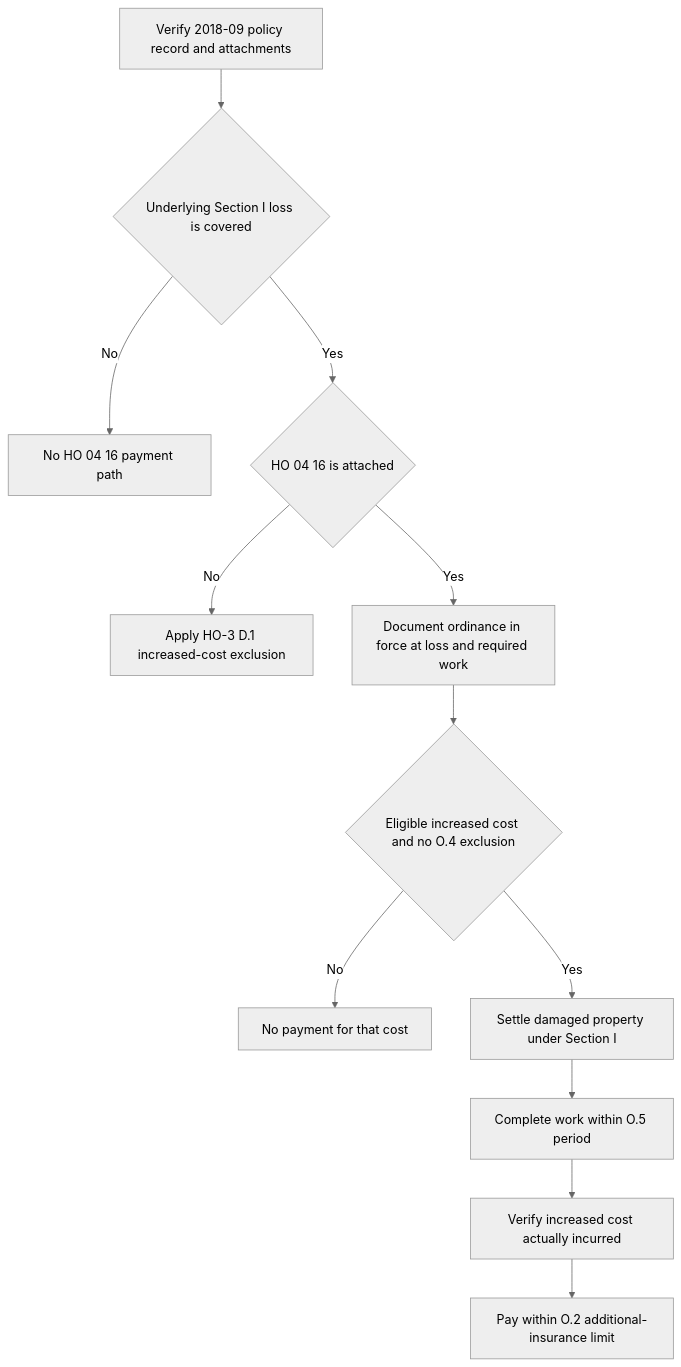
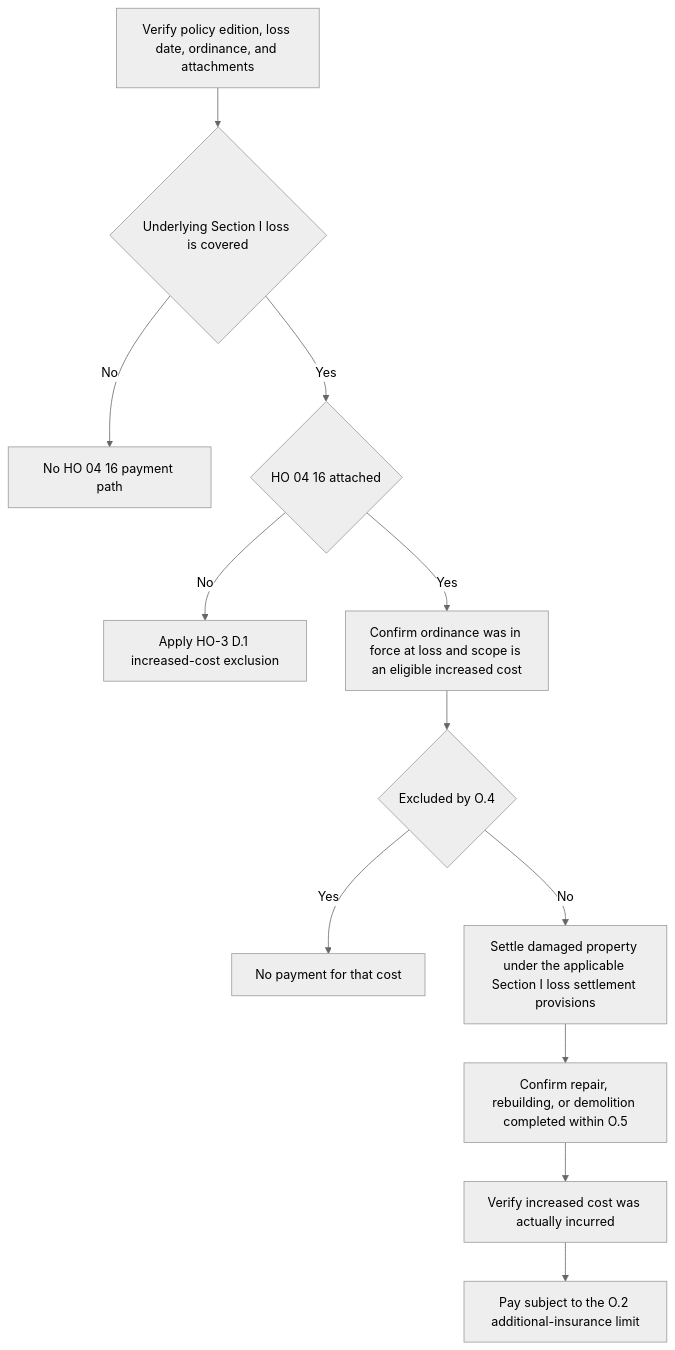
One commit to eugeneliu-86/openwiki-insurance-corpus changed the diagram in openwiki/coverage/property/ordinance-or-law.md. Above: the diagram before and after it, drawn with Mermaid (neutral theme). The commit also changed other lines of this file and 59 other files, not shown here.

````diff
--- a/openwiki/coverage/property/ordinance-or-law.md
+++ b/openwiki/coverage/property/ordinance-or-law.md
@@ -35,14 +31,14 @@
 ```mermaid
 flowchart TD
-    Record["Verify 2018-09 policy record and attachments"] --> Covered{"Underlying Section I loss is covered"}
-    Covered -- No --> BaseResult["No HO 04 16 payment path"]
-    Covered -- Yes --> Attached{"HO 04 16 is attached"}
-    Attached -- No --> Exclusion["Apply HO-3 D.1 increased-cost exclusion"]
-    Attached -- Yes --> Law["Document ordinance in force at loss and required work"]
-    Law --> Scope{"Eligible increased cost and no O.4 exclusion"}
-    Scope -- No --> LimitResult["No payment for that cost"]
-    Scope -- Yes --> Settle["Settle damaged property under Section I"]
-    Settle --> Complete["Complete work within O.5 period"]
-    Complete --> Incurred["Verify increased cost actually incurred"]
-    Incurred --> Pay["Pay within O.2 additional-insurance limit"]
+    A["Verify policy edition, loss date, ordinance, and attachments"] --> B{"Underlying Section I loss is covered"}
+    B -- No --> X["No HO 04 16 payment path"]
+    B -- Yes --> C{"HO 04 16 attached"}
+    C -- No --> Y["Apply HO-3 D.1 increased-cost exclusion"]
+    C -- Yes --> D["Confirm ordinance was in force at loss and scope is an eligible increased cost"]
+    D --> E{"Excluded by O.4"}
+    E -- Yes --> Z["No payment for that cost"]
+    E -- No --> F["Settle damaged property under the applicable Section I loss settlement provisions"]
+    F --> G["Confirm repair, rebuilding, or demolition completed within O.5"]
+    G --> H["Verify increased cost was actually incurred"]
+    H --> I["Pay subject to the O.2 additional-insurance limit"]
 ```
````
